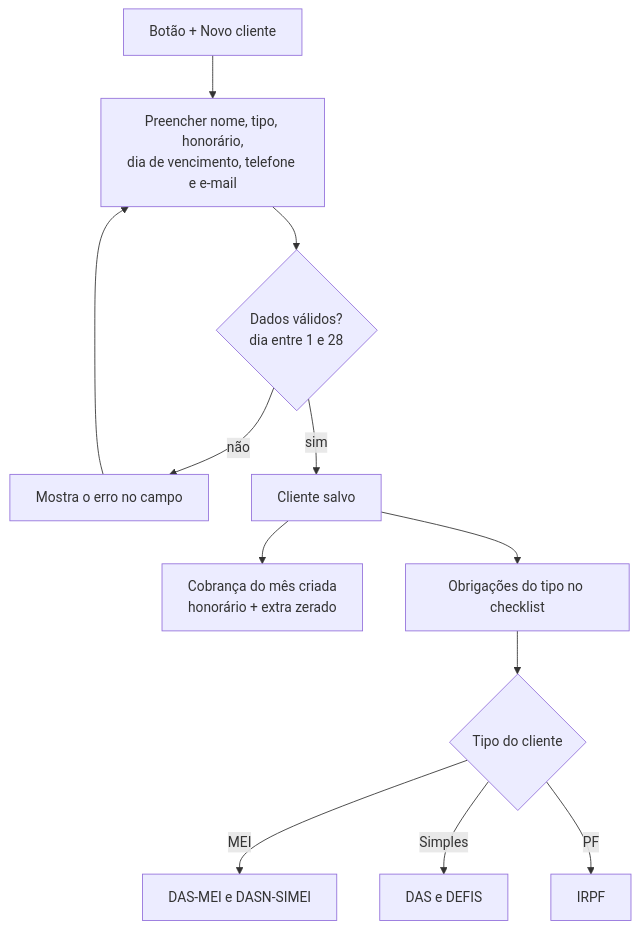
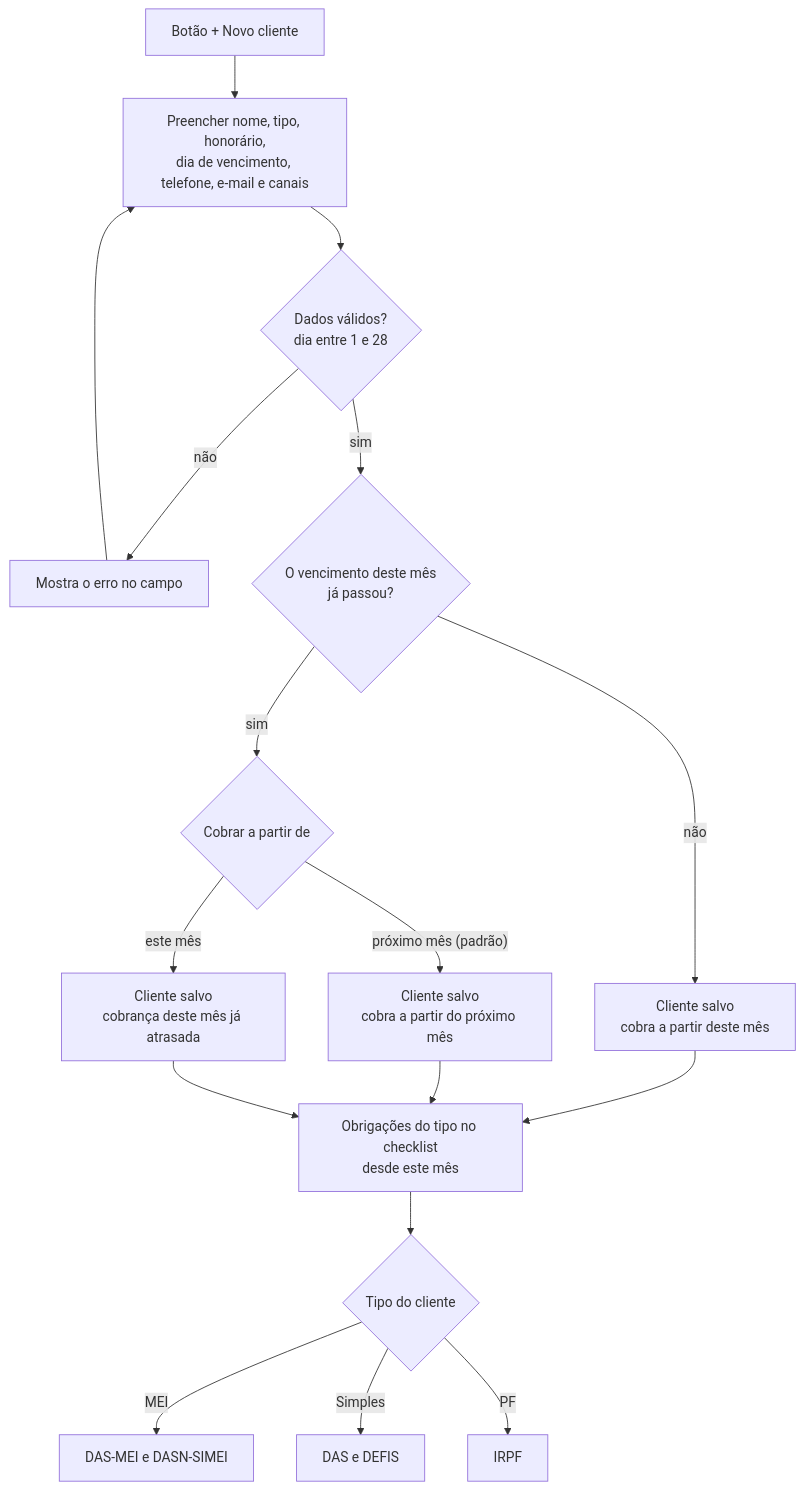
Before and after one commit to 77mdias/neximob: the seventh of 19 diagrams in docs/Mapa de fluxo.md, drawn with Mermaid. The commit also changed other lines of this file and 4 other files, not shown here.

````diff
--- a/docs/Mapa de fluxo.md
+++ b/docs/Mapa de fluxo.md
@@ -196,14 +196,19 @@
 ```mermaid
 flowchart TD
-    A["Botão + Novo cliente"] --> B["Preencher nome, tipo, honorário,<br/>dia de vencimento, telefone e e-mail"]
+    A["Botão + Novo cliente"] --> B["Preencher nome, tipo, honorário,<br/>dia de vencimento, telefone, e-mail e canais"]
     B --> V{"Dados válidos?<br/>dia entre 1 e 28"}
     V -- "não" --> ERR["Mostra o erro no campo"]
     ERR --> B
-    V -- "sim" --> S["Cliente salvo"]
-    S --> COB["Cobrança do mês criada<br/>honorário + extra zerado"]
-    S --> OBR["Obrigações do tipo no checklist"]
+    V -- "sim" --> Q{"O vencimento deste mês<br/>já passou?"}
+    Q -- "não" --> S1["Cliente salvo<br/>cobra a partir deste mês"]
+    Q -- "sim" --> I{"Cobrar a partir de"}
+    I -- "próximo mês (padrão)" --> S2["Cliente salvo<br/>cobra a partir do próximo mês"]
+    I -- "este mês" --> S3["Cliente salvo<br/>cobrança deste mês já atrasada"]
+    S1 --> OBR["Obrigações do tipo no checklist<br/>desde este mês"]
+    S2 --> OBR
+    S3 --> OBR
     OBR --> T{"Tipo do cliente"}
     T -- "MEI" --> MEI["DAS-MEI e DASN-SIMEI"]
     T -- "Simples" --> SN["DAS e DEFIS"]
     T -- "PF" --> PF["IRPF"]
 ```
````
